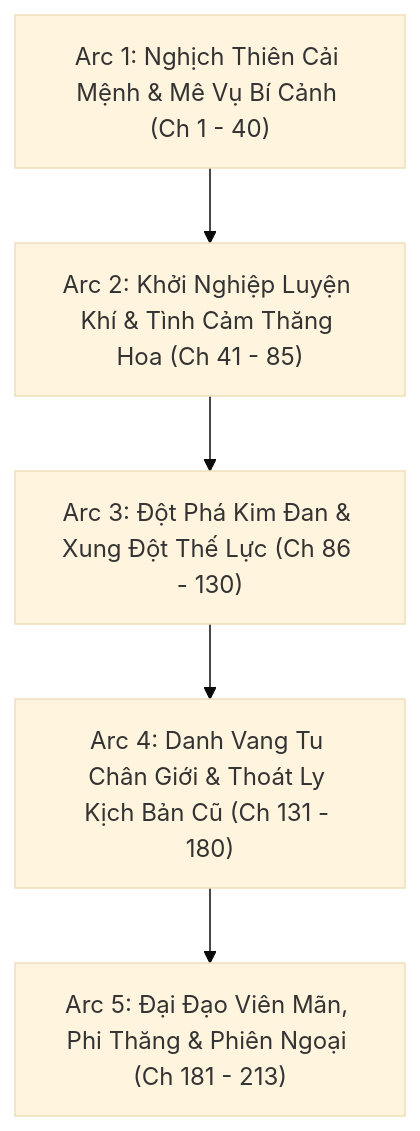
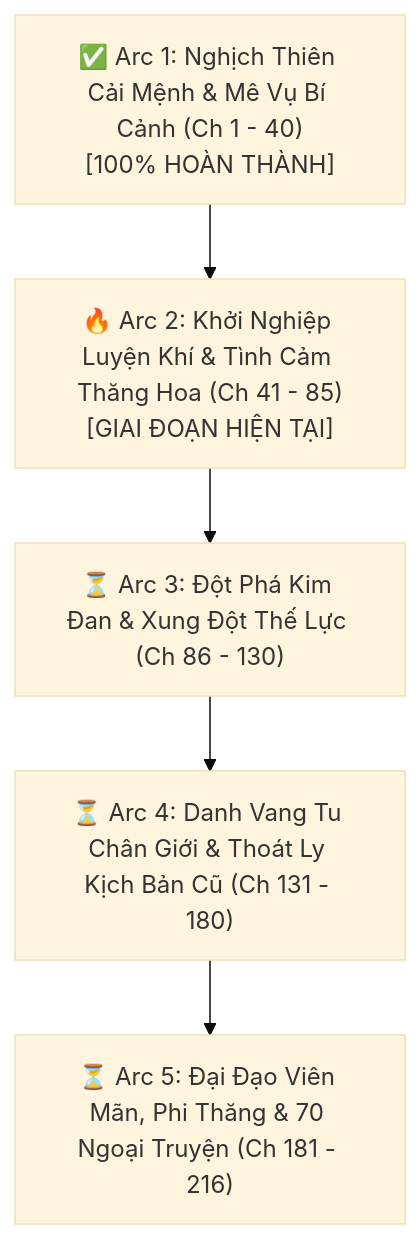
One commit to RinYuki-sclass/trans-assistant changed the first of 2 diagrams in novel_projects/xuyên-vào-pháo-hôi-của-truyện-tổng-thụ-và-chính-bài-công-1v1/PLAN_PROJECT.md. Above: the diagram before and after it, drawn with Mermaid (base theme). The commit also changed other lines of this file and 459 other files, not shown here.

````diff
--- a/novel_projects/xuyên-vào-pháo-hôi-của-truyện-tổng-thụ-và-chính-bài-công-1v1/PLAN_PROJECT.md
+++ b/novel_projects/xuyên-vào-pháo-hôi-của-truyện-tổng-thụ-và-chính-bài-công-1v1/PLAN_PROJECT.md
@@ -27,7 +28,7 @@
 ```mermaid
 flowchart TD
-    Arc1["Arc 1: Nghịch Thiên Cải Mệnh & Mê Vụ Bí Cảnh (Ch 1 - 40)"] --> Arc2["Arc 2: Khởi Nghiệp Luyện Khí & Tình Cảm Thăng Hoa (Ch 41 - 85)"]
-    Arc2 --> Arc3["Arc 3: Đột Phá Kim Đan & Xung Đột Thế Lực (Ch 86 - 130)"]
-    Arc3 --> Arc4["Arc 4: Danh Vang Tu Chân Giới & Thoát Ly Kịch Bản Cũ (Ch 131 - 180)"]
-    Arc4 --> Arc5["Arc 5: Đại Đạo Viên Mãn, Phi Thăng & Phiên Ngoại (Ch 181 - 213)"]
+    Arc1["✅ Arc 1: Nghịch Thiên Cải Mệnh & Mê Vụ Bí Cảnh (Ch 1 - 40)<br/>[100% HOÀN THÀNH]"] --> Arc2["🔥 Arc 2: Khởi Nghiệp Luyện Khí & Tình Cảm Thăng Hoa (Ch 41 - 85)<br/>[GIAI ĐOẠN HIỆN TẠI]"]
+    Arc2 --> Arc3["⏳ Arc 3: Đột Phá Kim Đan & Xung Đột Thế Lực (Ch 86 - 130)"]
+    Arc3 --> Arc4["⏳ Arc 4: Danh Vang Tu Chân Giới & Thoát Ly Kịch Bản Cũ (Ch 131 - 180)"]
+    Arc4 --> Arc5["⏳ Arc 5: Đại Đạo Viên Mãn, Phi Thăng & 70 Ngoại Truyện (Ch 181 - 216)"]
 ```
````
